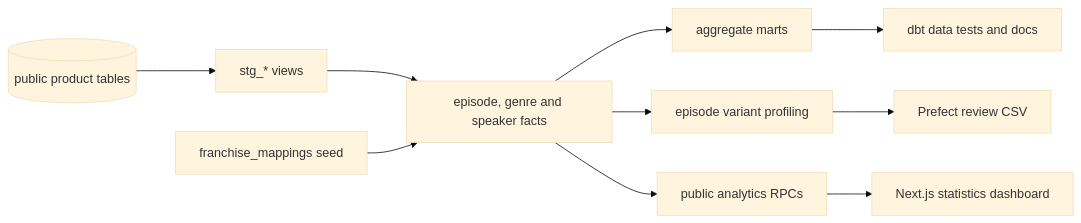
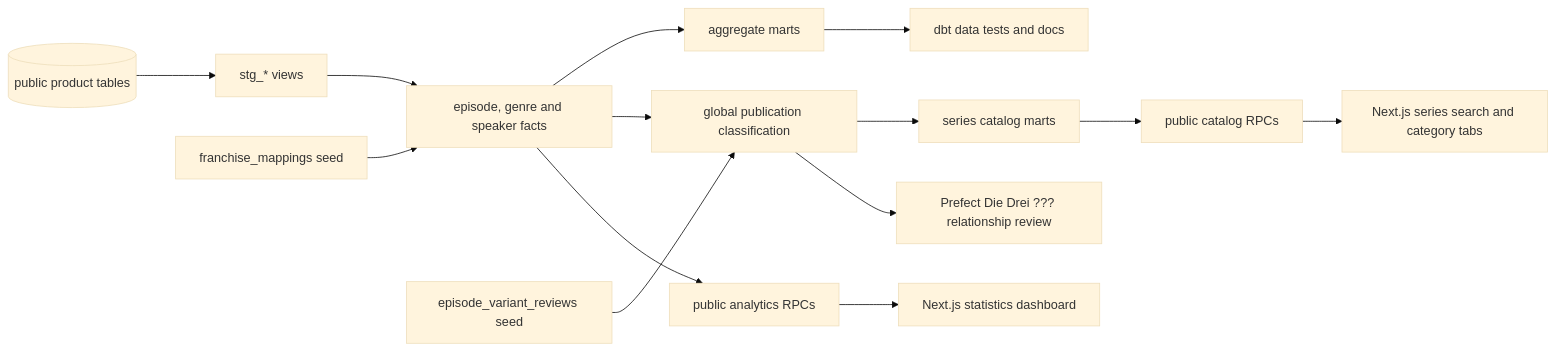
The diagram in hoerspiel_dbt/README.md (JKL453/hoerspiel-explorer), drawn with Mermaid (base theme) before and after one commit. The commit also changed other lines of this file and 26 other files, not shown here.

First line of the commit message:
feat(dbt): categorize episode variants across all series

````diff
--- a/hoerspiel_dbt/README.md
+++ b/hoerspiel_dbt/README.md
@@ -8,12 +8,16 @@
 ```mermaid
 flowchart LR
     public[(public product tables)] --> staging[stg_* views]
     staging --> facts[episode, genre and speaker facts]
     seed[franchise_mappings seed] --> facts
     facts --> marts[aggregate marts]
-    facts --> profiling[episode variant profiling]
+    reviewSeed[episode_variant_reviews seed] --> profiling
+    facts --> profiling[global publication classification]
+    profiling --> catalog[series catalog marts]
     facts --> rpc[public analytics RPCs]
     marts --> tests[dbt data tests and docs]
     rpc --> dashboard[Next.js statistics dashboard]
-    profiling --> review[Prefect review CSV]
+    profiling --> review[Prefect Die Drei ??? relationship review]
+    catalog --> catalogRpc[public catalog RPCs]
+    catalogRpc --> seriesPages[Next.js series search and category tabs]
 ```
````
